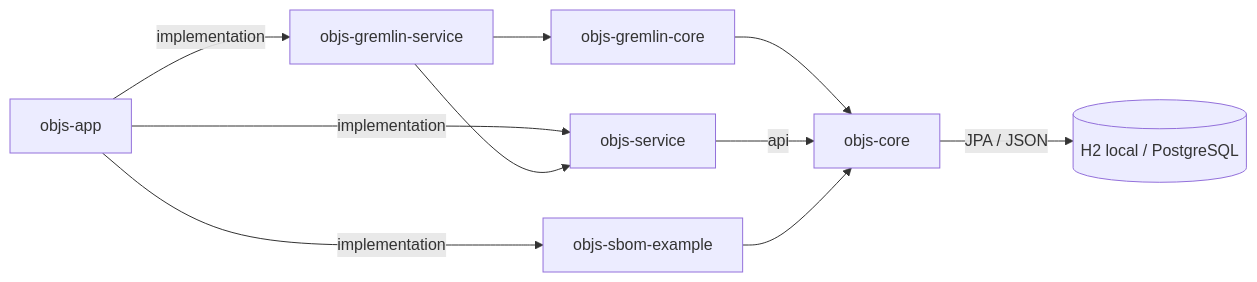
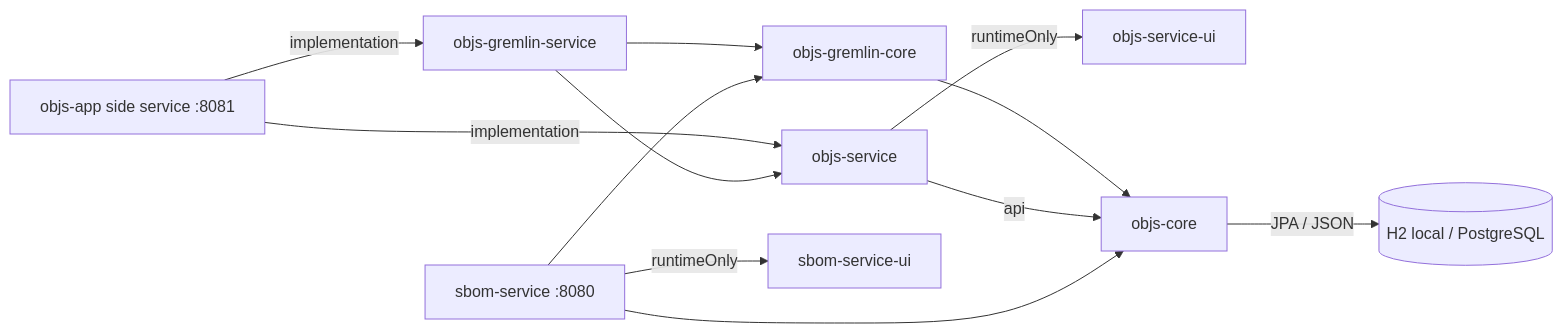
The diagram in docs/design/platform/overview.md (qpointz/objs), drawn with Mermaid before and after one commit. The commit also changed other lines of this file and 200 other files, not shown here.

First line of the commit message:
[feat] Ship SBOM applications inventory app (D-2)

````diff
--- a/docs/design/platform/overview.md
+++ b/docs/design/platform/overview.md
@@ -37,18 +37,22 @@
 ```mermaid
 flowchart LR
-  app[objs-app]
+  app[objs-app side service :8081]
   gsvc[objs-gremlin-service]
   gcore[objs-gremlin-core]
   service[objs-service]
-  sbom[objs-sbom-example]
+  ui[objs-service-ui]
+  sbom[sbom-service :8080]
+  sbomui[sbom-service-ui]
   core[objs-core]
   app -->|implementation| service
   app -->|implementation| gsvc
-  app -->|implementation| sbom
+  service -->|runtimeOnly| ui
   gsvc --> gcore
   gsvc --> service
   gcore --> core
   service -->|api| core
   sbom --> core
+  sbom --> gcore
+  sbom -->|runtimeOnly| sbomui
   core -->|JPA / JSON| db[(H2 local / PostgreSQL)]
 ```
````
